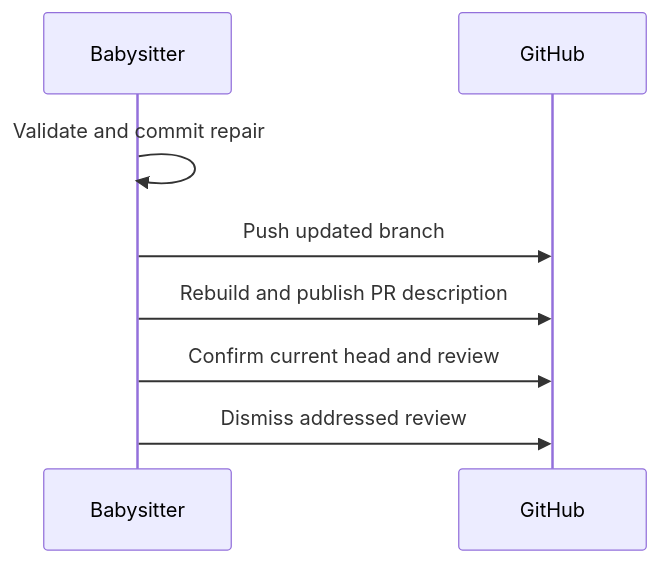
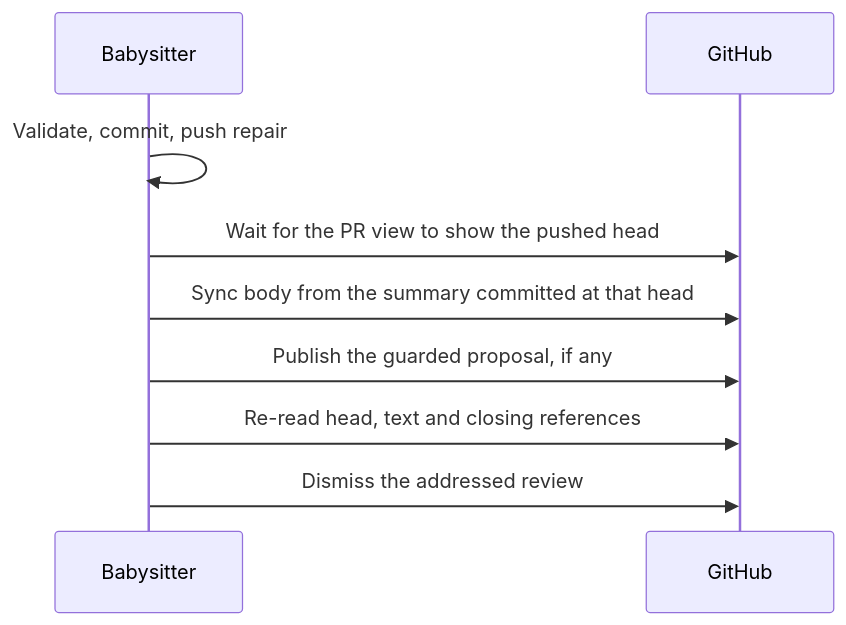
Before and after one commit to stSoftwareAU/VibeCoder: the diagram in docs/archive/pr-summaries/pr-summary-4637.md, drawn with Mermaid. The commit also changed other lines of this file, not shown here.

First line of the commit message:
Babysitter: cover colon and URL closing forms, fix gate failures, write summary (Issue #4637)

````diff
--- a/docs/archive/pr-summaries/pr-summary-4637.md
+++ b/docs/archive/pr-summaries/pr-summary-4637.md
@@ -53,10 +61,11 @@
 ```mermaid
 sequenceDiagram
     participant B as Babysitter
     participant G as GitHub
-    B->>B: Validate and commit repair
-    B->>G: Push updated branch
-    B->>G: Rebuild and publish PR description
-    B->>G: Confirm current head and review
-    B->>G: Dismiss addressed review
+    B->>B: Validate, commit, push repair
+    B->>G: Wait for the PR view to show the pushed head
+    B->>G: Sync body from the summary committed at that head
+    B->>G: Publish the guarded proposal, if any
+    B->>G: Re-read head, text and closing references
+    B->>G: Dismiss the addressed review
 ```
````
